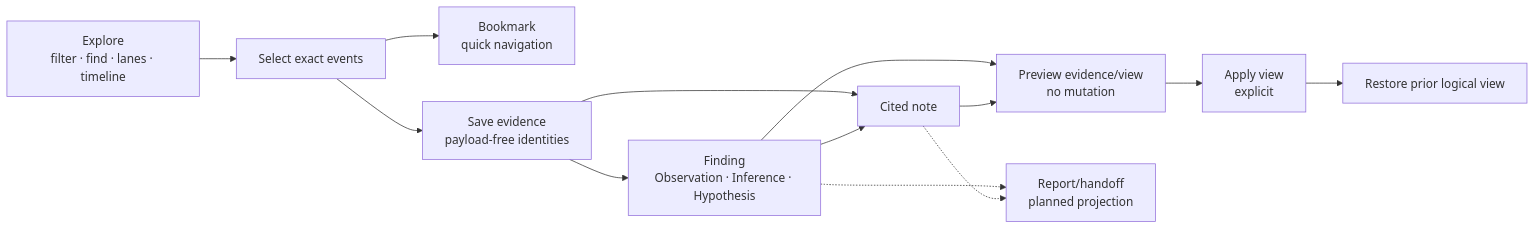
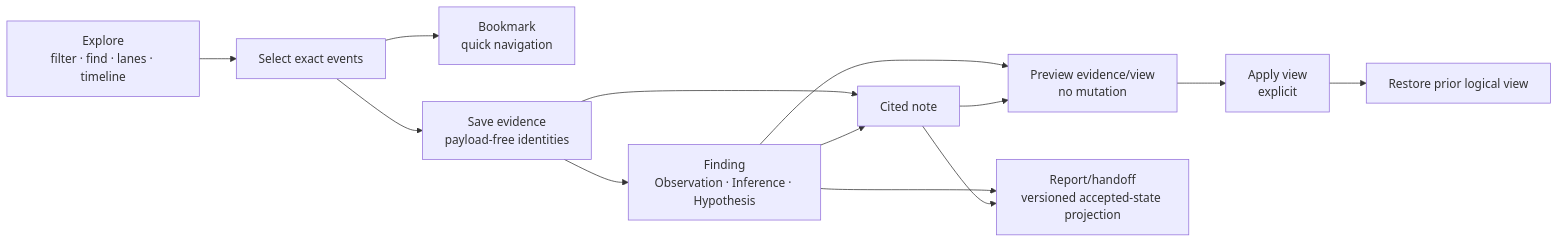
One commit to chriscase/ContextDesk changed the first of 2 diagrams in docs/design/proven-methods/INVESTIGATION_LOOP.md. Above: the diagram before and after it, drawn with Mermaid. The commit also changed other lines of this file and 50 other files, not shown here.

````diff
--- a/docs/design/proven-methods/INVESTIGATION_LOOP.md
+++ b/docs/design/proven-methods/INVESTIGATION_LOOP.md
@@ -61,26 +66,26 @@
 ```mermaid
 flowchart LR
 %% title: Durable evidence-led investigation loop
     E["Explore<br/>filter · find · lanes · timeline"]
     S["Select exact events"]
     B["Bookmark<br/>quick navigation"]
     V["Save evidence<br/>payload-free identities"]
     F["Finding<br/>Observation · Inference · Hypothesis"]
     N["Cited note"]
     P["Preview evidence/view<br/>no mutation"]
     A["Apply view<br/>explicit"]
     R["Restore prior logical view"]
-    O["Report/handoff<br/>planned projection"]
+    O["Report/handoff<br/>versioned accepted-state projection"]
 
     E --> S
     S --> B
     S --> V
     V --> F
     V --> N
     F --> N
     F --> P
     N --> P
     P --> A --> R
-    F -.-> O
-    N -.-> O
+    F --> O
+    N --> O
 ```
````
